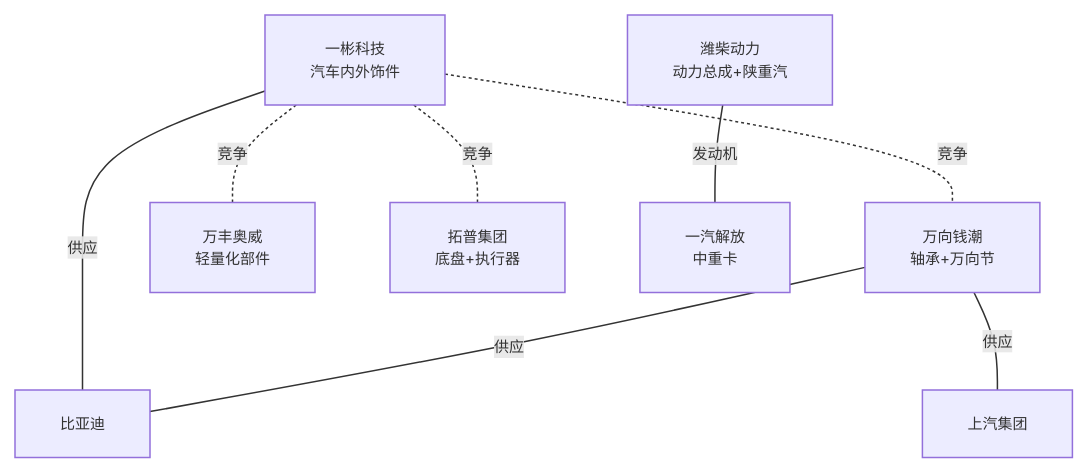
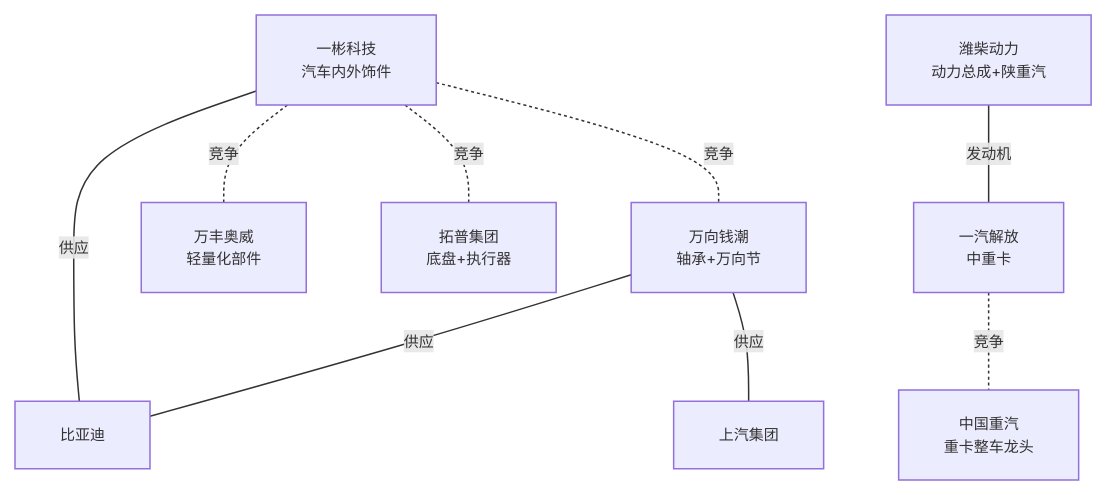
One commit to zhangbo1882/open-industry changed the ninth of 23 diagrams in industry/wiki/syntheses/公司关联图谱.md. Above: the diagram before and after it, drawn with Mermaid. The commit also changed other lines of this file and 7 other files, not shown here.

````diff
--- a/industry/wiki/syntheses/公司关联图谱.md
+++ b/industry/wiki/syntheses/公司关联图谱.md
@@ -871,23 +873,25 @@
 ```mermaid
 %%{init: {'themeVariables': {'fontSize': '10px'}}}%%
 graph TB
     一彬科技[一彬科技<br/>汽车内外饰件]
     万向钱潮[万向钱潮<br/>轴承+万向节]
     万丰奥威[万丰奥威<br/>轻量化部件]
     拓普集团[拓普集团<br/>底盘+执行器]
     一汽解放[一汽解放<br/>中重卡]
     潍柴动力[潍柴动力<br/>动力总成+陕重汽]
+    中国重汽[中国重汽<br/>重卡整车龙头]
     比亚迪[比亚迪]
     上汽[上汽集团]
 
     一彬科技 -.-|竞争| 万向钱潮
     一彬科技 -.-|竞争| 万丰奥威
     一彬科技 -.-|竞争| 拓普集团
     一彬科技 ---|供应| 比亚迪
     万向钱潮 ---|供应| 比亚迪
     万向钱潮 ---|供应| 上汽
     潍柴动力 ---|发动机| 一汽解放
+    一汽解放 -.-|竞争| 中国重汽
 
     classDef business fill:#4dabf7,color:#fff,stroke:#1971c2
     classDef competition fill:#ffd43b,color:#333,stroke:#fab005
 ```
````
